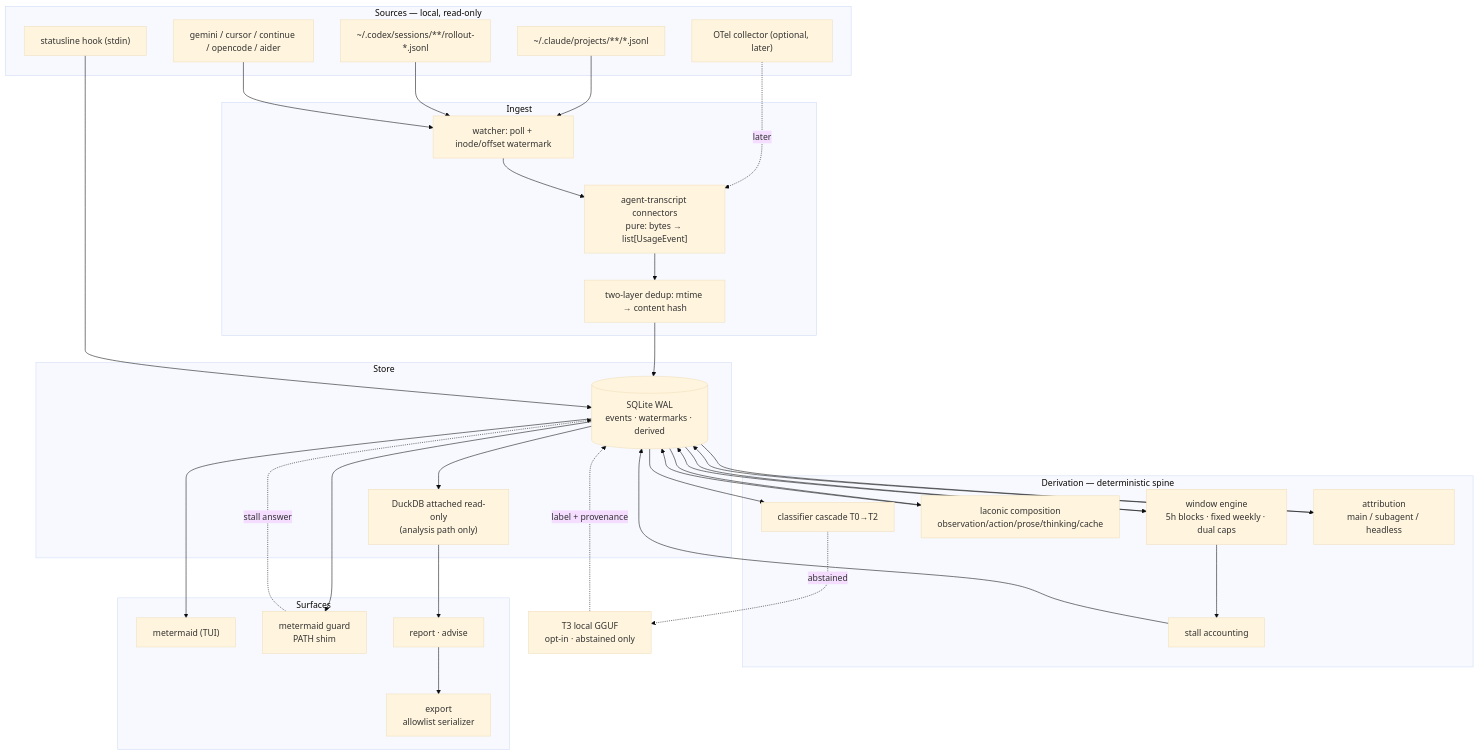
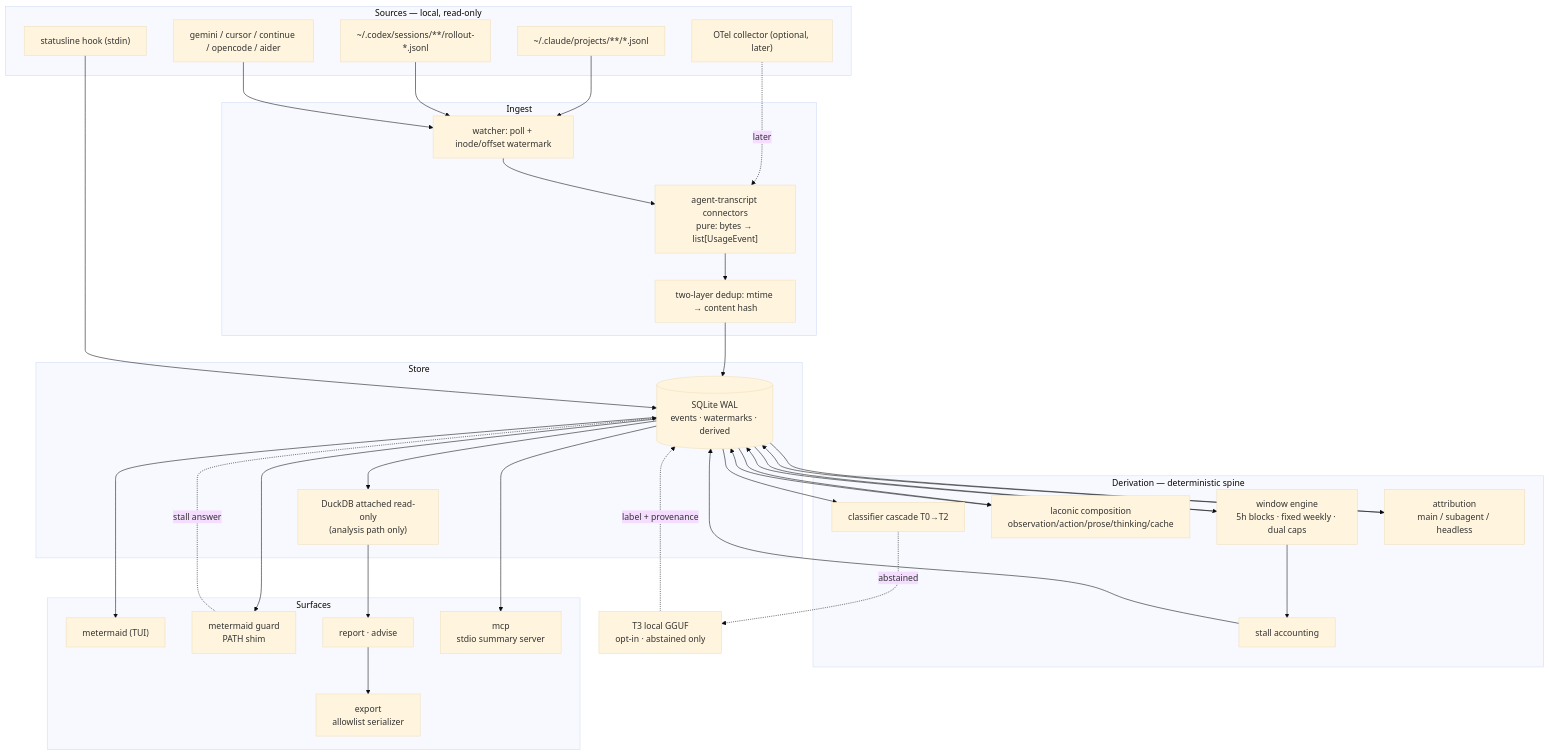
One commit to Mathews-Tom/metermaid changed the first of 9 diagrams in docs/system-design.md. Above: the diagram before and after it, drawn with Mermaid (base theme). The commit also changed other lines of this file and 1 other file, not shown here.

````diff
--- a/docs/system-design.md
+++ b/docs/system-design.md
@@ -57,62 +57,64 @@
 ```mermaid
 flowchart TB
     subgraph sources["Sources — local, read-only"]
         T1["~/.claude/projects/**/*.jsonl"]
         T2["~/.codex/sessions/**/rollout-*.jsonl"]
         T3["gemini / cursor / continue / opencode / aider"]
         SL["statusline hook (stdin)"]
         OT["OTel collector (optional, later)"]
     end
 
     subgraph ingest["Ingest"]
         WATCH["watcher: poll + inode/offset watermark"]
         CONN["agent-transcript connectors<br/>pure: bytes → list[UsageEvent]"]
         DEDUP["two-layer dedup: mtime → content hash"]
     end
 
     subgraph store["Store"]
         DB[("SQLite WAL<br/>events · watermarks · derived")]
         DUCK["DuckDB attached read-only<br/>(analysis path only)"]
     end
 
     subgraph derive["Derivation — deterministic spine"]
         WIN["window engine<br/>5h blocks · fixed weekly · dual caps"]
         STALL["stall accounting"]
         COMP["laconic composition<br/>observation/action/prose/thinking/cache"]
         CLS["classifier cascade T0→T2"]
         ATTR["attribution<br/>main / subagent / headless"]
     end
 
     LLM["T3 local GGUF<br/>opt-in · abstained only"]
 
     subgraph surfaces["Surfaces"]
         TUI["metermaid (TUI)"]
         GUARD["metermaid guard<br/>PATH shim"]
         RPT["report · advise"]
         EXP["export<br/>allowlist serializer"]
+        MCP["mcp<br/>stdio summary server"]
     end
 
     T1 --> WATCH
     T2 --> WATCH
     T3 --> WATCH
     OT -.later.-> CONN
     WATCH --> CONN --> DEDUP --> DB
     SL --> DB
 
     DB --> WIN --> STALL
     DB --> COMP
     DB --> CLS
     DB --> ATTR
+    DB --> MCP
     CLS -.abstained.-> LLM -.label + provenance.-> DB
 
     WIN --> DB
     STALL --> DB
     COMP --> DB
     ATTR --> DB
 
     DB --> DUCK --> RPT
     DB --> TUI
     DB --> GUARD
     GUARD -.stall answer.-> DB
     RPT --> EXP
 ```
````
